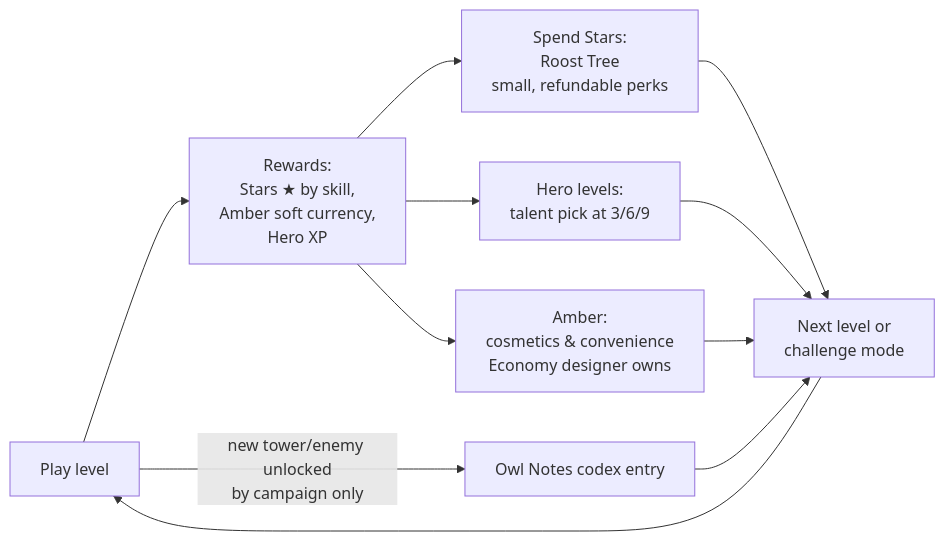
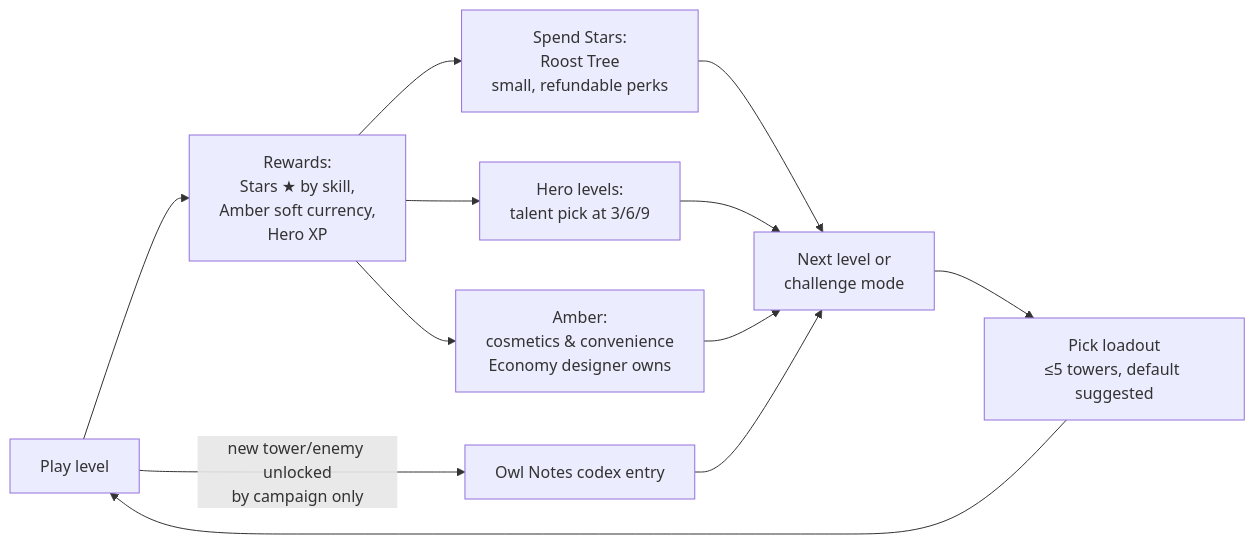
One commit to osama-kj97/thmsgbrt changed the second of 2 diagrams in salted-caramel-owl/docs/research/02-game-designer.md. Above: the diagram before and after it, drawn with Mermaid. The commit also changed other lines of this file and 7 other files, not shown here.

````diff
--- a/salted-caramel-owl/docs/research/02-game-designer.md
+++ b/salted-caramel-owl/docs/research/02-game-designer.md
@@ -53,13 +58,14 @@
 ```mermaid
 flowchart LR
   L[Play level] --> R[Rewards:<br/>Stars ★ by skill,<br/>Amber soft currency,<br/>Hero XP]
   R --> S[Spend Stars:<br/>Roost Tree<br/>small, refundable perks]
   R --> H[Hero levels:<br/>talent pick at 3/6/9]
   R --> C[Amber:<br/>cosmetics & convenience<br/>Economy designer owns]
   S --> N[Next level or<br/>challenge mode]
   H --> N
   C --> N
-  N --> L
+  N --> P[Pick loadout<br/>≤5 towers, default suggested]
+  P --> L
   L -->|new tower/enemy unlocked<br/>by campaign only| U[Owl Notes codex entry]
   U --> N
 ```
````
